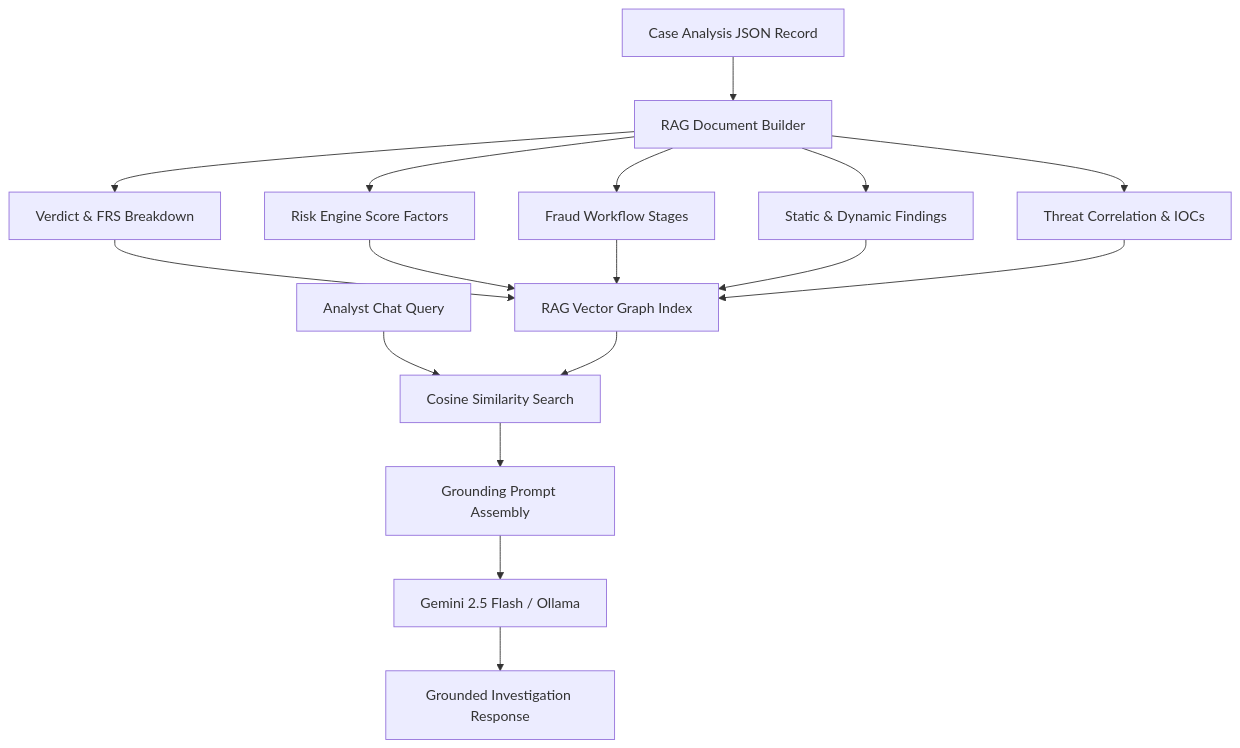
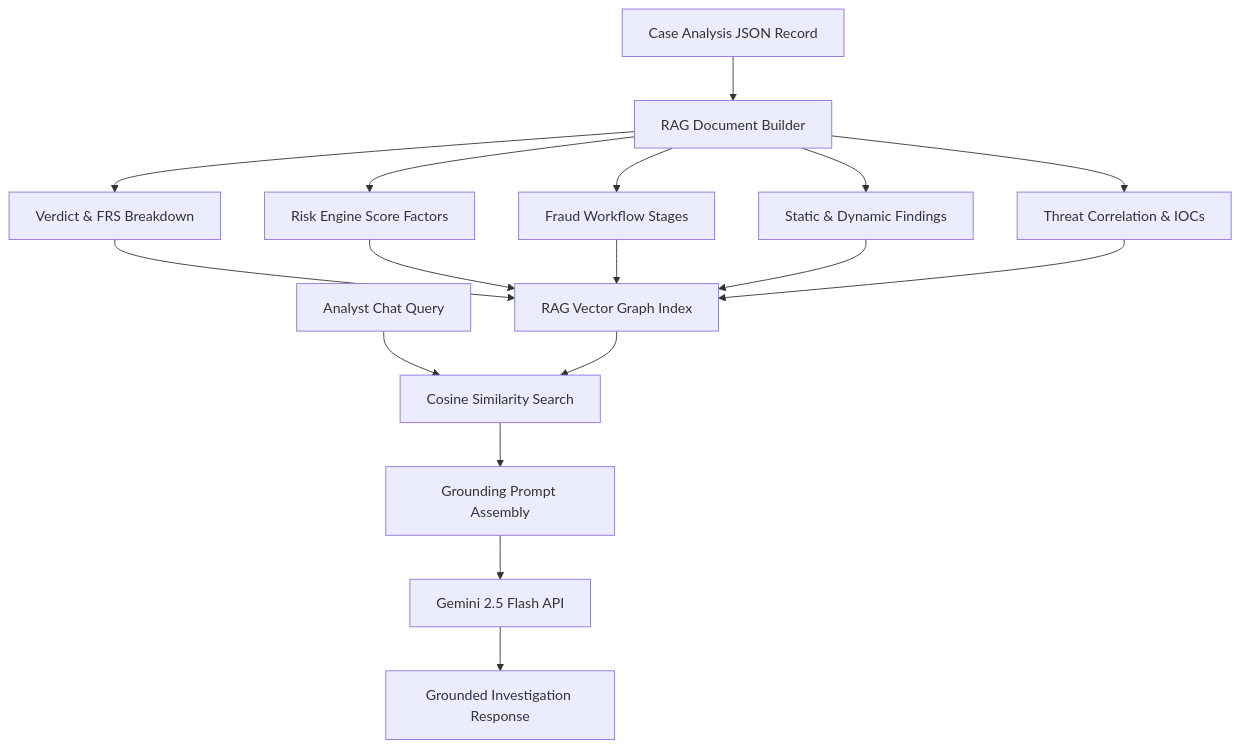
The diagram in docs/architecture/05_AI_INVESTIGATION_ENGINE.md (SanTiwari07/Sudarshan), drawn with Mermaid before and after one commit. The commit also changed other lines of this file and 19 other files, not shown here.

Commit message:
implement RAG-grounded Gemini 2.5 Flash analysis engine and backend investigation pipeline

````diff
--- a/docs/architecture/05_AI_INVESTIGATION_ENGINE.md
+++ b/docs/architecture/05_AI_INVESTIGATION_ENGINE.md
@@ -32,22 +32,22 @@
 ```mermaid
 graph TD
     CASE[Case Analysis JSON Record] --> PARSE[RAG Document Builder]
 
     PARSE --> V1[Verdict & FRS Breakdown]
     PARSE --> V2[Risk Engine Score Factors]
     PARSE --> V3[Fraud Workflow Stages]
     PARSE --> V4[Static & Dynamic Findings]
     PARSE --> V5[Threat Correlation & IOCs]
 
     V1 --> RAG[RAG Vector Graph Index]
     V2 --> RAG
     V3 --> RAG
     V4 --> RAG
     V5 --> RAG
 
     QUERY[Analyst Chat Query] --> SEARCH[Cosine Similarity Search]
     RAG --> SEARCH
     SEARCH --> PROMPT[Grounding Prompt Assembly]
-    PROMPT --> LLM[Gemini 2.5 Flash / Ollama]
+    PROMPT --> LLM[Gemini 2.5 Flash API]
     LLM --> RESP[Grounded Investigation Response]
 ```
````
